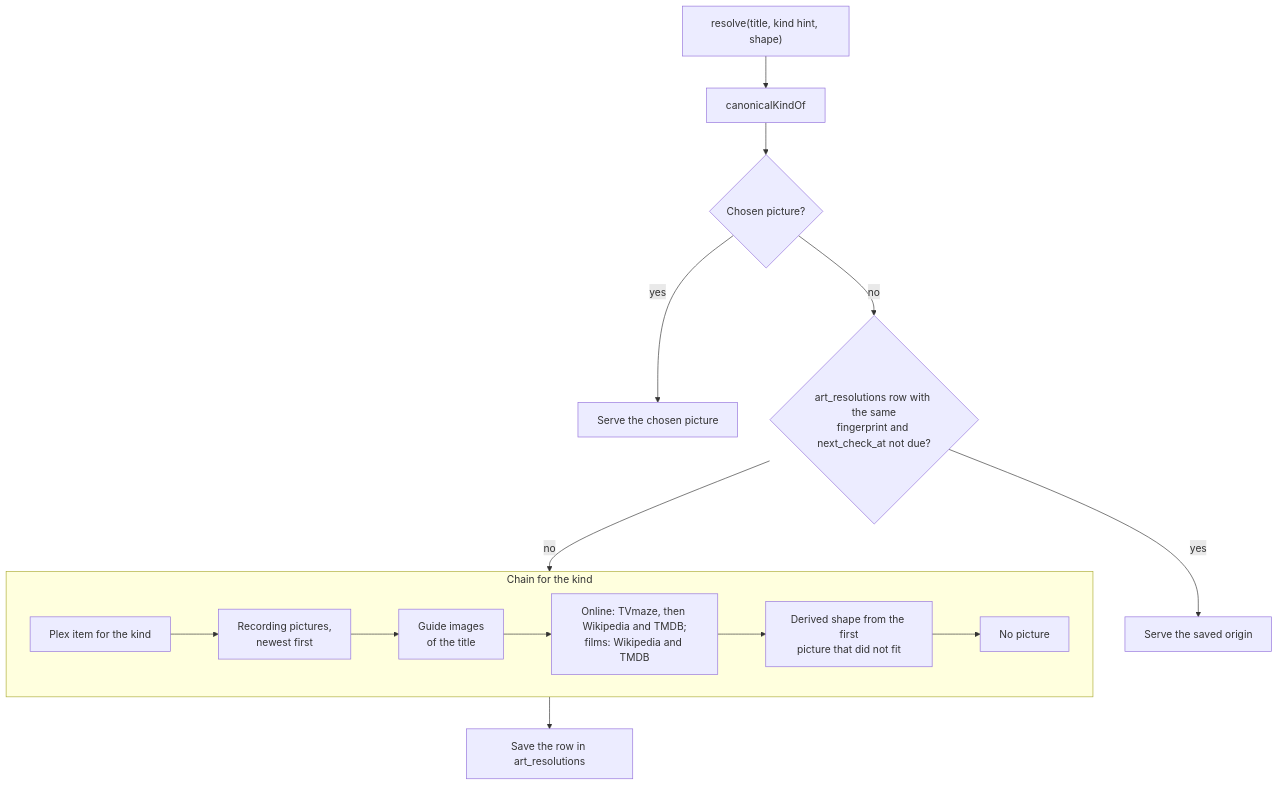
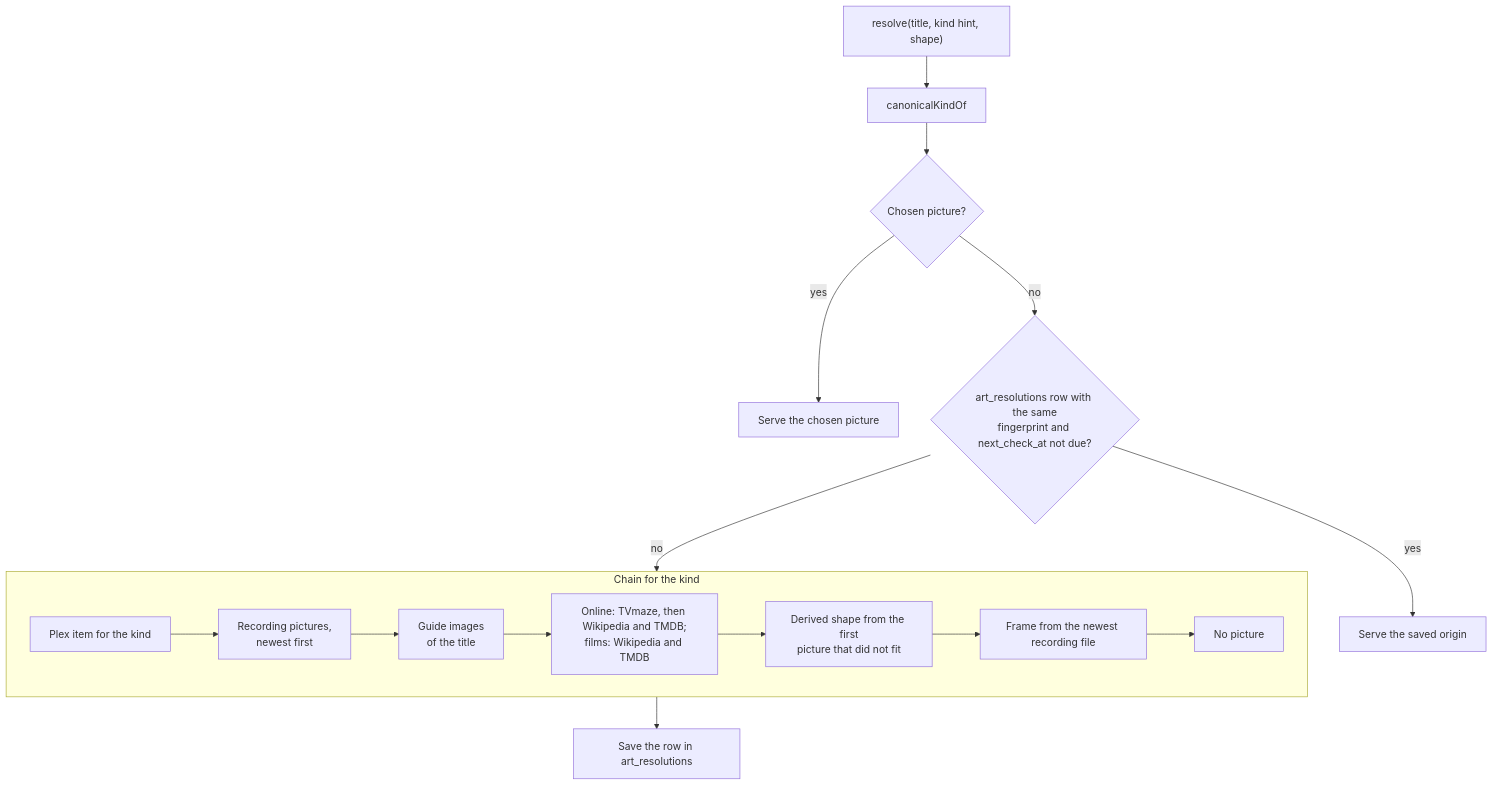
One commit to furey/freetvarr changed the ninth of 9 diagrams in docs/DEEP_DIVE.md. Above: the diagram before and after it, drawn with Mermaid. The commit also changed other lines of this file and 19 other files, not shown here.

````diff
--- a/docs/DEEP_DIVE.md
+++ b/docs/DEEP_DIVE.md
@@ -1193,17 +1194,18 @@
 ```mermaid
 flowchart TD
   request["resolve(title, kind hint, shape)"] --> kind["canonicalKindOf"]
   kind --> choice{"Chosen picture?"}
   choice -- yes --> serveChoice["Serve the chosen picture"]
   choice -- no --> saved{"art_resolutions row with the same<br>fingerprint and next_check_at not due?"}
   saved -- yes --> serveSaved["Serve the saved origin"]
   saved -- no --> chain
   subgraph chain["Chain for the kind"]
     plex["Plex item for the kind"] --> recording["Recording pictures,<br>newest first"]
     recording --> guide["Guide images<br>of the title"]
     guide --> online["Online: TVmaze, then Wikipedia and TMDB;<br>films: Wikipedia and TMDB"]
     online --> derived["Derived shape from the first<br>picture that did not fit"]
-    derived --> none["No picture"]
+    derived --> frame["Frame from the newest recording file"]
+    frame --> none["No picture"]
   end
   chain --> store["Save the row in art_resolutions"]
 ```
````
